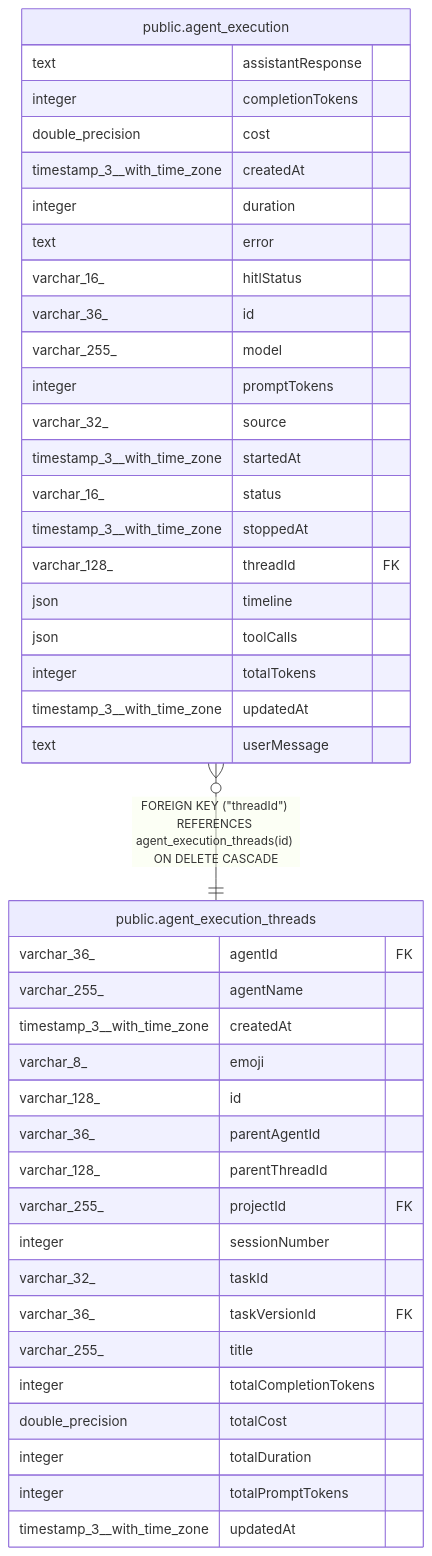
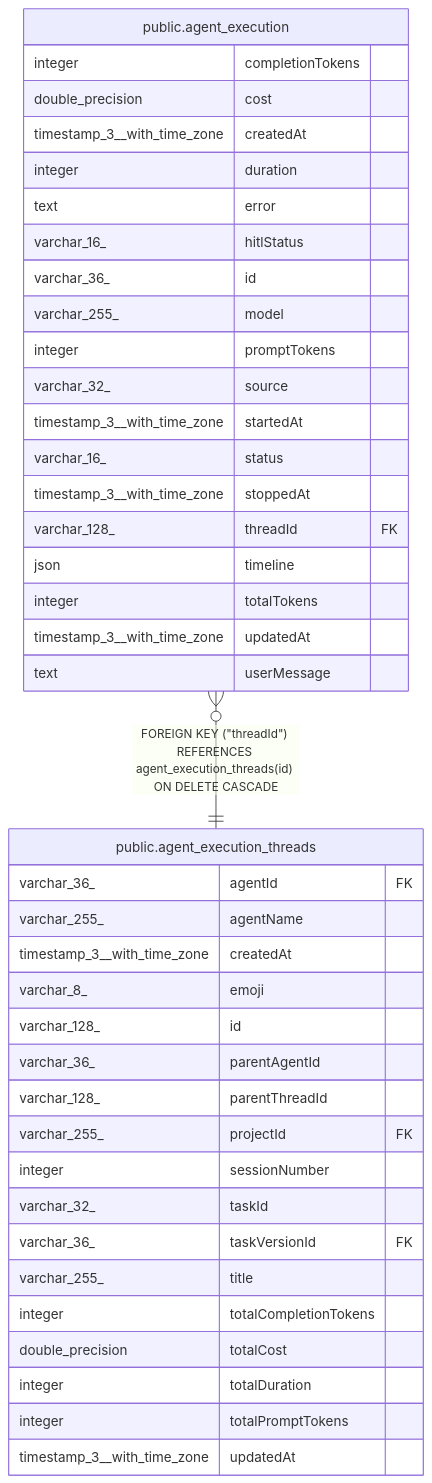
Before and after one commit to ggrace519/n8n: the diagram in docs/generated/postgres-schema/public.agent_execution.md, drawn with Mermaid. The commit also changed other lines of this file and 21 other files, not shown here.

````diff
--- a/docs/generated/postgres-schema/public.agent_execution.md
+++ b/docs/generated/postgres-schema/public.agent_execution.md
@@ -54,47 +50,45 @@
 ```mermaid
 erDiagram
 
 "public.agent_execution" }o--|| "public.agent_execution_threads" : "FOREIGN KEY (#quot;threadId#quot;) REFERENCES agent_execution_threads(id) ON DELETE CASCADE"
 
 "public.agent_execution" {
-  text assistantResponse
   integer completionTokens
   double_precision cost
   timestamp_3__with_time_zone createdAt
   integer duration
   text error
   varchar_16_ hitlStatus
   varchar_36_ id
   varchar_255_ model
   integer promptTokens
   varchar_32_ source
   timestamp_3__with_time_zone startedAt
   varchar_16_ status
   timestamp_3__with_time_zone stoppedAt
   varchar_128_ threadId FK
   json timeline
-  json toolCalls
   integer totalTokens
   timestamp_3__with_time_zone updatedAt
   text userMessage
 }
 "public.agent_execution_threads" {
   varchar_36_ agentId FK
   varchar_255_ agentName
   timestamp_3__with_time_zone createdAt
   varchar_8_ emoji
   varchar_128_ id
   varchar_36_ parentAgentId
   varchar_128_ parentThreadId
   varchar_255_ projectId FK
   integer sessionNumber
   varchar_32_ taskId
   varchar_36_ taskVersionId FK
   varchar_255_ title
   integer totalCompletionTokens
   double_precision totalCost
   integer totalDuration
   integer totalPromptTokens
   timestamp_3__with_time_zone updatedAt
 }
 ```
````
